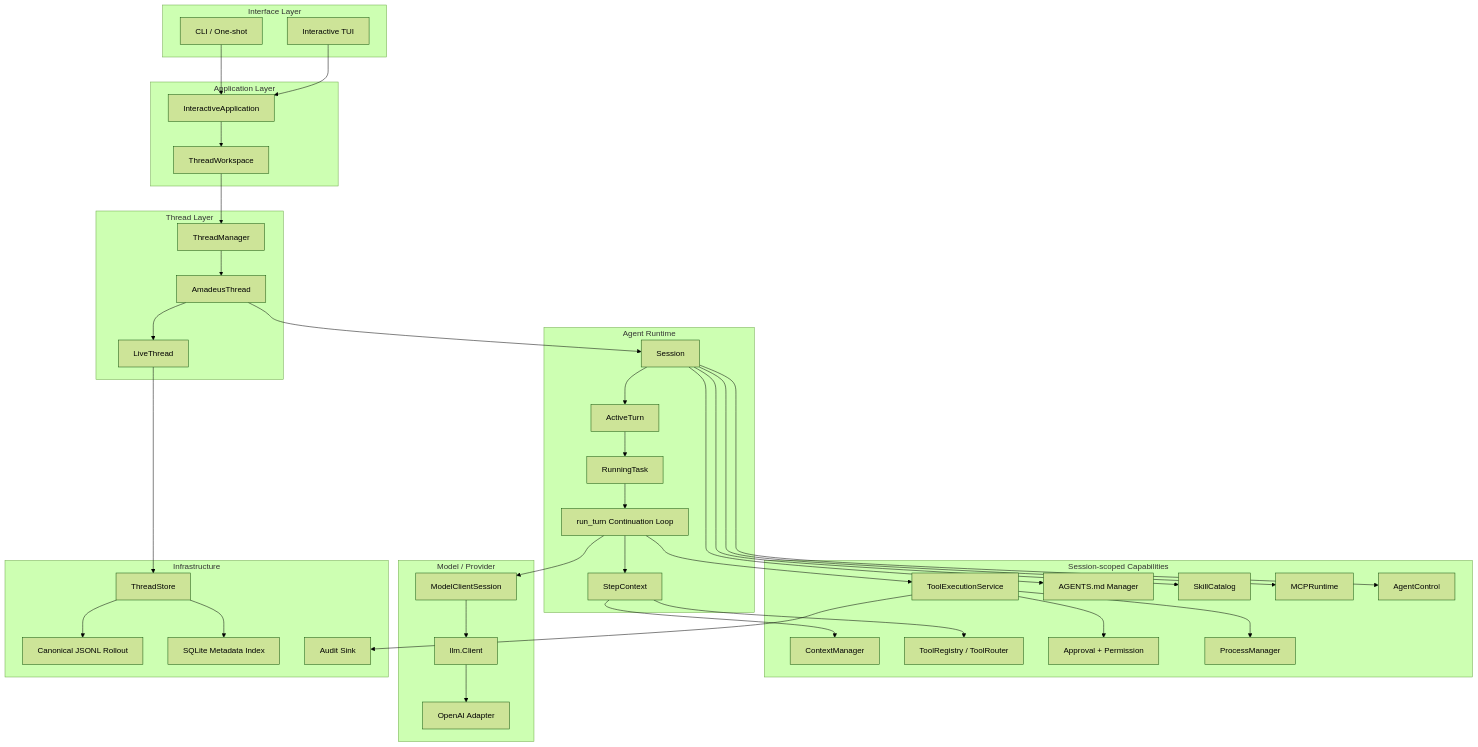
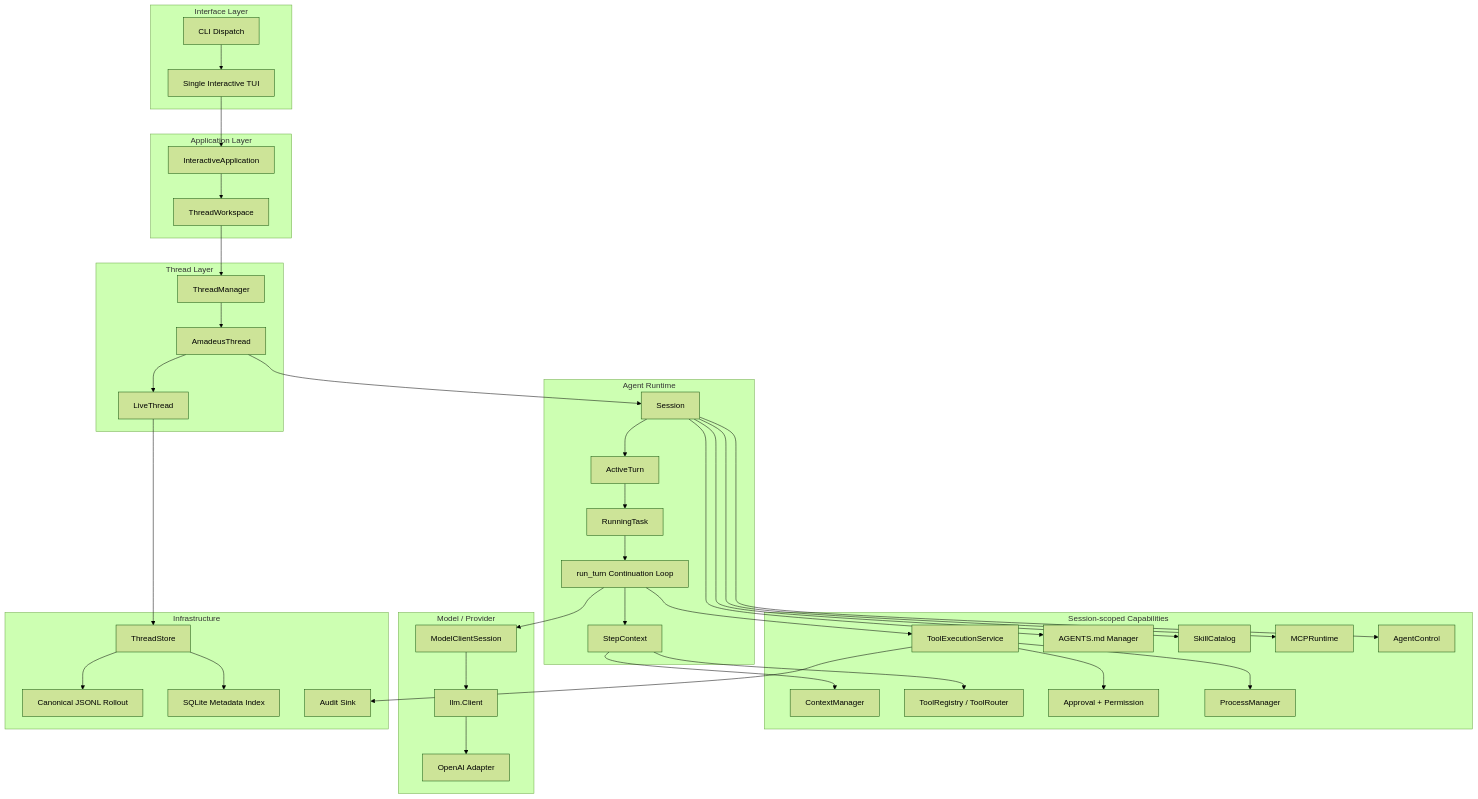
The first of 24 diagrams in docs/architecture-whitepaper.md (Godric-W/Amadeus), drawn with Mermaid (forest theme) before and after one commit. The commit also changed other lines of this file and 2 other files, not shown here.

Commit message:
docs: remove obsolete one-shot architecture

````diff
--- a/docs/architecture-whitepaper.md
+++ b/docs/architecture-whitepaper.md
@@ -48,79 +48,79 @@
 ```mermaid
 flowchart TB
     subgraph Interface[Interface Layer]
-        CLI[CLI / One-shot]
-        TUI[Interactive TUI]
+        CLI[CLI Dispatch]
+        TUI[Single Interactive TUI]
     end
 
     subgraph Application[Application Layer]
         IA[InteractiveApplication]
         TW[ThreadWorkspace]
     end
 
     subgraph ThreadLayer[Thread Layer]
         TM[ThreadManager]
         AT[AmadeusThread]
         LT[LiveThread]
     end
 
     subgraph Runtime[Agent Runtime]
         S[Session]
         ATr[ActiveTurn]
         RT[RunningTask]
         Run[run_turn Continuation Loop]
         SC[StepContext]
     end
 
     subgraph Capabilities[Session-scoped Capabilities]
         CM[ContextManager]
         TR[ToolRegistry / ToolRouter]
         TE[ToolExecutionService]
         AP[Approval + Permission]
         AG[AGENTS.md Manager]
         SK[SkillCatalog]
         MCP[MCPRuntime]
         MA[AgentControl]
         PR[ProcessManager]
     end
 
     subgraph Provider[Model / Provider]
         MC[ModelClientSession]
         LLM[llm.Client]
         OA[OpenAI Adapter]
     end
 
     subgraph Persistence[Infrastructure]
         TS[ThreadStore]
         JSONL[Canonical JSONL Rollout]
         DB[SQLite Metadata Index]
         AUDIT[Audit Sink]
     end
 
-    CLI --> IA
+    CLI --> TUI
     TUI --> IA
     IA --> TW
     TW --> TM
     TM --> AT
     AT --> S
     AT --> LT
     S --> ATr
     ATr --> RT
     RT --> Run
     Run --> SC
     SC --> CM
     SC --> TR
     Run --> MC
     MC --> LLM
     LLM --> OA
     Run --> TE
     TE --> AP
     TE --> PR
     S --> AG
     S --> SK
     S --> MCP
     S --> MA
     LT --> TS
     TS --> JSONL
     TS --> DB
     TE --> AUDIT
 ```
````
